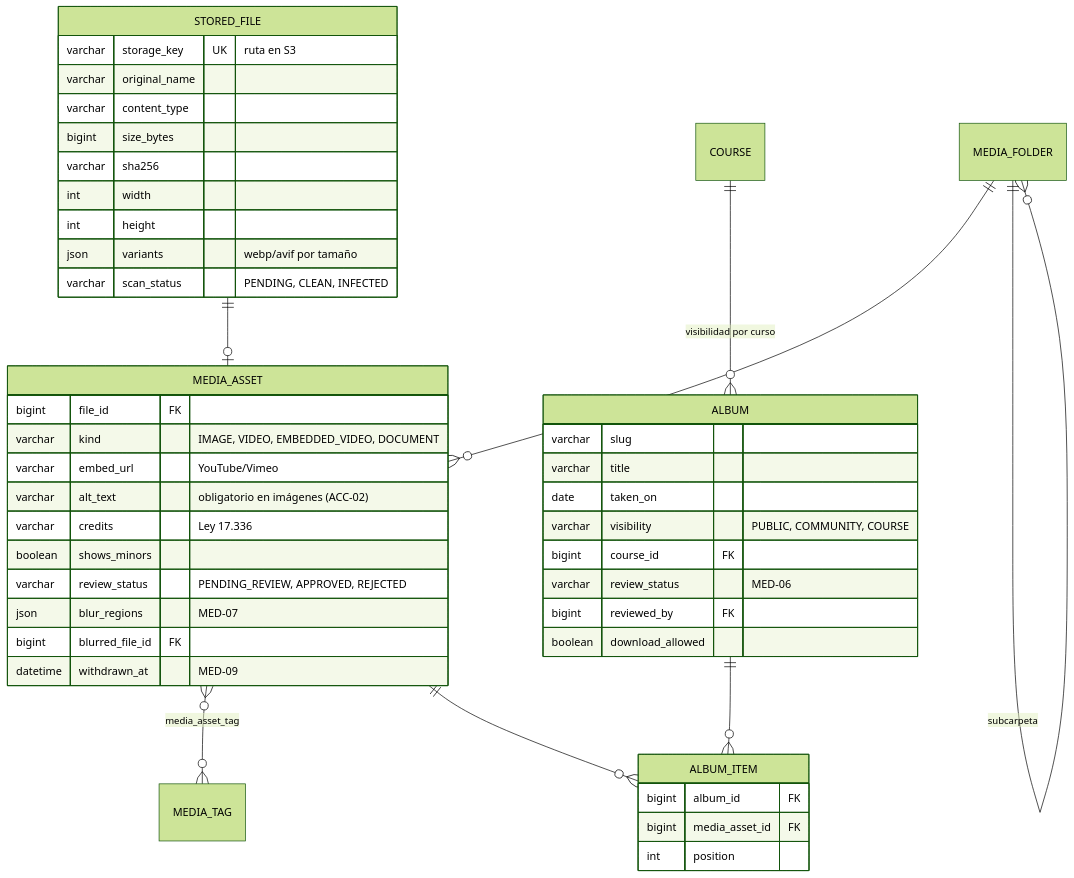
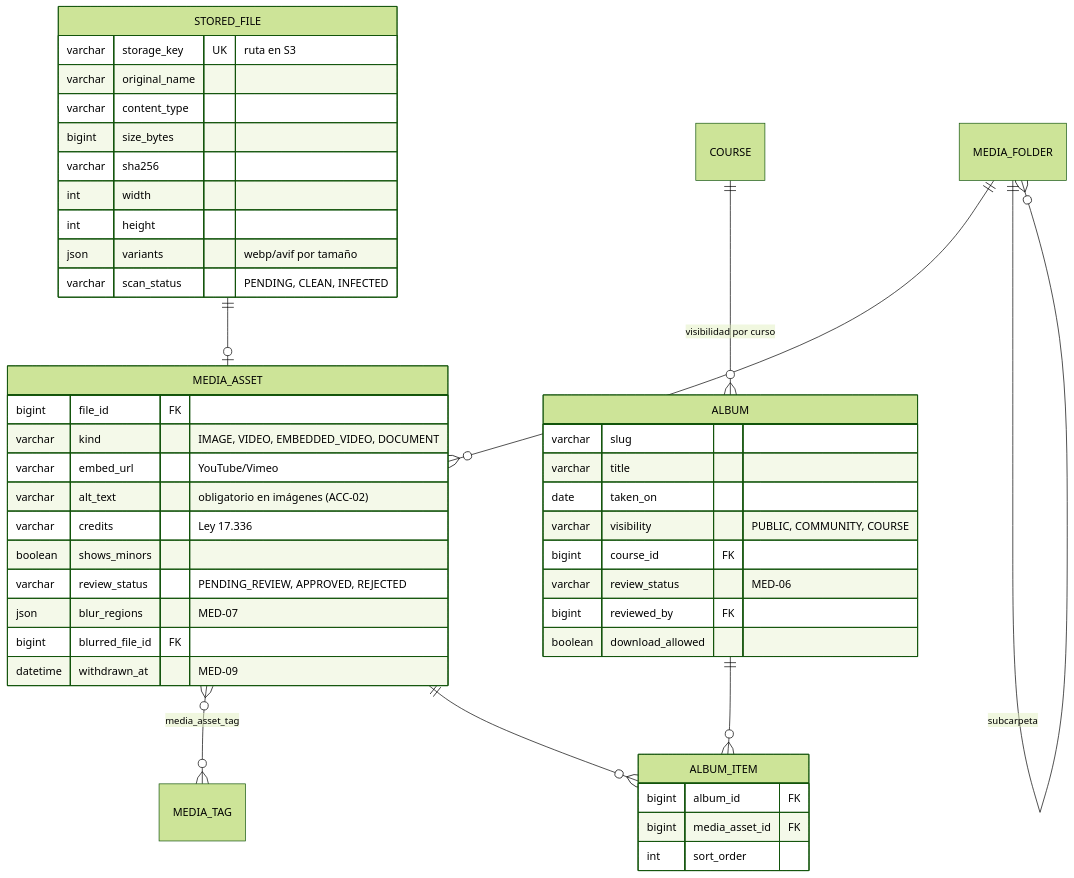
One commit to InformaticaBeerCat/colegio-saas changed the third of 6 diagrams in docs/domain-model.md. Above: the diagram before and after it, drawn with Mermaid (forest theme). The commit also changed other lines of this file and 33 other files, not shown here.

````diff
--- a/docs/domain-model.md
+++ b/docs/domain-model.md
@@ -135,49 +141,49 @@
 ```mermaid
 erDiagram
     STORED_FILE ||--o| MEDIA_ASSET : ""
     MEDIA_FOLDER ||--o{ MEDIA_ASSET : ""
     MEDIA_FOLDER ||--o{ MEDIA_FOLDER : "subcarpeta"
     MEDIA_ASSET }o--o{ MEDIA_TAG : "media_asset_tag"
     ALBUM ||--o{ ALBUM_ITEM : ""
     MEDIA_ASSET ||--o{ ALBUM_ITEM : ""
     COURSE ||--o{ ALBUM : "visibilidad por curso"
 
     STORED_FILE {
         varchar storage_key UK "ruta en S3"
         varchar original_name
         varchar content_type
         bigint size_bytes
         varchar sha256
         int width
         int height
         json variants "webp/avif por tamaño"
         varchar scan_status "PENDING, CLEAN, INFECTED"
     }
     MEDIA_ASSET {
         bigint file_id FK
         varchar kind "IMAGE, VIDEO, EMBEDDED_VIDEO, DOCUMENT"
         varchar embed_url "YouTube/Vimeo"
         varchar alt_text "obligatorio en imágenes (ACC-02)"
         varchar credits "Ley 17.336"
         boolean shows_minors
         varchar review_status "PENDING_REVIEW, APPROVED, REJECTED"
         json blur_regions "MED-07"
         bigint blurred_file_id FK
         datetime withdrawn_at "MED-09"
     }
     ALBUM {
         varchar slug
         varchar title
         date taken_on
         varchar visibility "PUBLIC, COMMUNITY, COURSE"
         bigint course_id FK
         varchar review_status "MED-06"
         bigint reviewed_by FK
         boolean download_allowed
     }
     ALBUM_ITEM {
         bigint album_id FK
         bigint media_asset_id FK
-        int position
+        int sort_order
     }
 ```
````
